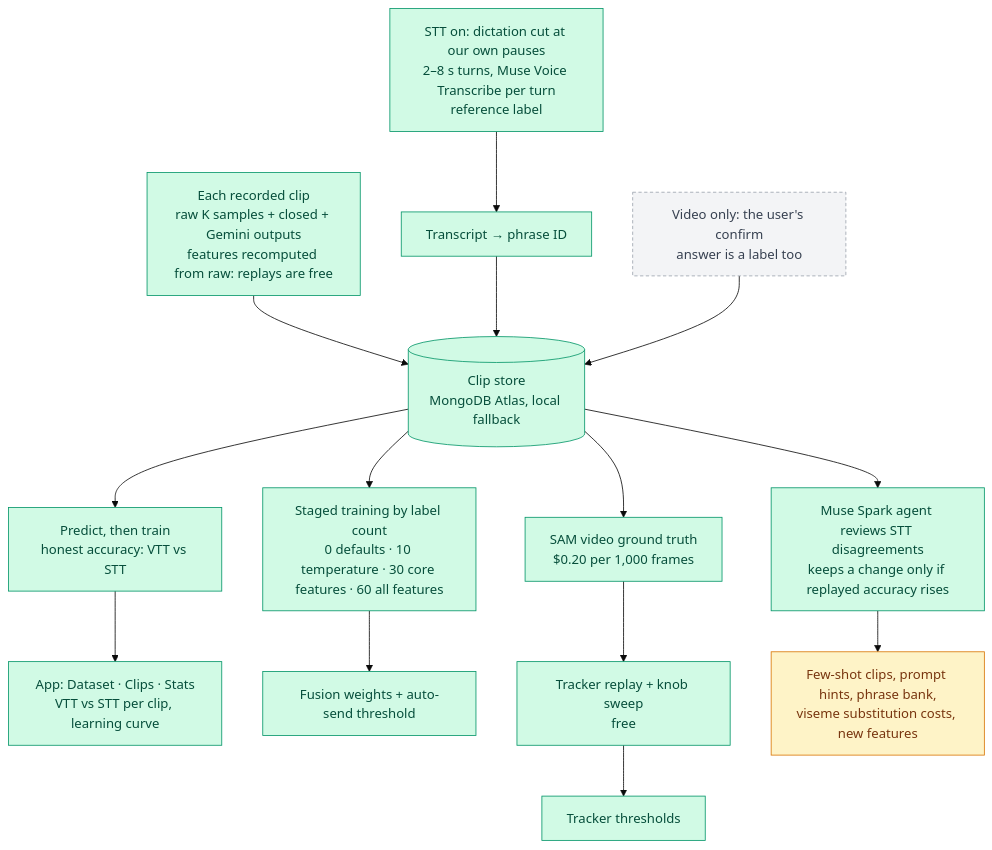
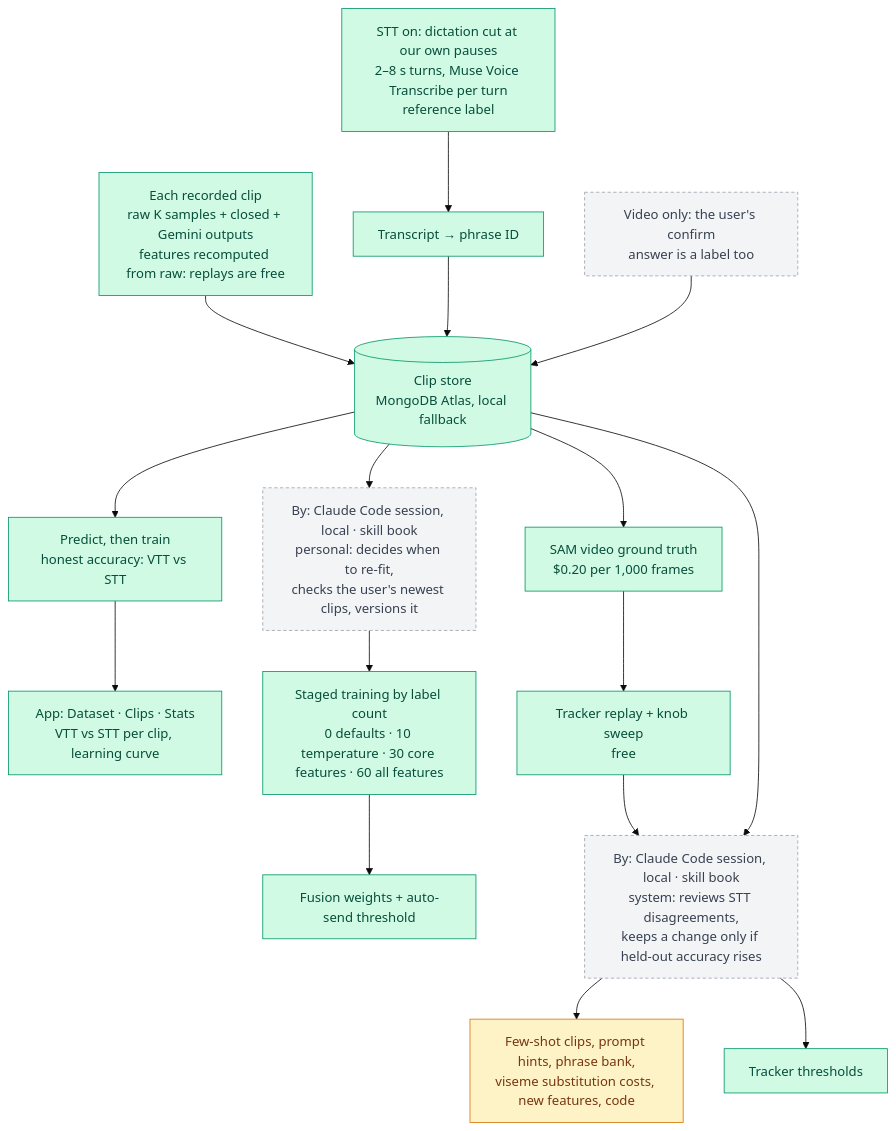
One commit to Darijan-Ducic/badge-machine changed the second of 7 diagrams in docs/pipeline.md. Above: the diagram before and after it, drawn with Mermaid (base theme). The commit also changed other lines of this file and 2 other files, not shown here.

First line of the commit message:
docs: mark a local Claude Code session as the owner of every iteration

````diff
--- a/docs/pipeline.md
+++ b/docs/pipeline.md
@@ -44,35 +46,36 @@
 ```mermaid
 flowchart TD
   CLIP["Each recorded clip<br/>raw K samples + closed + Gemini outputs<br/>features recomputed from raw: replays are free"]
   STT["STT on: dictation cut at our own pauses<br/>2–8 s turns, Muse Voice Transcribe per turn<br/>reference label"]
   CONF["Video only: the user's confirm<br/>answer is a label too"]
   MATCH["Transcript → phrase ID"]
   STORE[("Clip store<br/>MongoDB Atlas, local fallback")]
 
   PREQ["Predict, then train<br/>honest accuracy: VTT vs STT"]
   UI["App: Dataset · Clips · Stats<br/>VTT vs STT per clip, learning curve"]
   STAGES["Staged training by label count<br/>0 defaults · 10 temperature · 30 core features · 60 all features"]
   FUSE["Fusion weights + auto-send threshold"]
 
   GT["SAM video ground truth<br/>$0.20 per 1,000 frames"]
   REPLAY["Tracker replay + knob sweep<br/>free"]
   KNOBS["Tracker thresholds"]
 
-  AGENT["Muse Spark agent reviews STT disagreements<br/>keeps a change only if replayed accuracy rises"]
-  PROMPTS["Few-shot clips, prompt hints, phrase bank,<br/>viseme substitution costs, new features"]
+  PAGENT["By: Claude Code session, local · skill book<br/>personal: decides when to re-fit,<br/>checks the user's newest clips, versions it"]
+  AGENT["By: Claude Code session, local · skill book<br/>system: reviews STT disagreements,<br/>keeps a change only if held-out accuracy rises"]
+  PROMPTS["Few-shot clips, prompt hints, phrase bank,<br/>viseme substitution costs, new features, code"]
 
   CLIP --> STORE
   STT --> MATCH --> STORE
   CONF --> STORE
   STORE --> PREQ --> UI
-  STORE --> STAGES --> FUSE
-  STORE --> GT --> REPLAY --> KNOBS
-  STORE --> AGENT --> PROMPTS
+  STORE --> PAGENT --> STAGES --> FUSE
+  STORE --> GT --> REPLAY --> AGENT
+  STORE --> AGENT --> PROMPTS & KNOBS
 
   classDef built fill:#d1fae5,stroke:#059669,color:#064e3b
   classDef building fill:#fef3c7,stroke:#d97706,color:#78350f
   classDef planned fill:#f3f4f6,stroke:#9ca3af,color:#374151,stroke-dasharray:4 3
-  class STT,MATCH,GT,STORE,UI,REPLAY,KNOBS,CLIP,STAGES,PREQ,FUSE,AGENT built
+  class STT,MATCH,GT,STORE,UI,REPLAY,KNOBS,CLIP,STAGES,PREQ,FUSE built
   class PROMPTS building
-  class CONF planned
+  class CONF,PAGENT,AGENT planned
 ```
````
